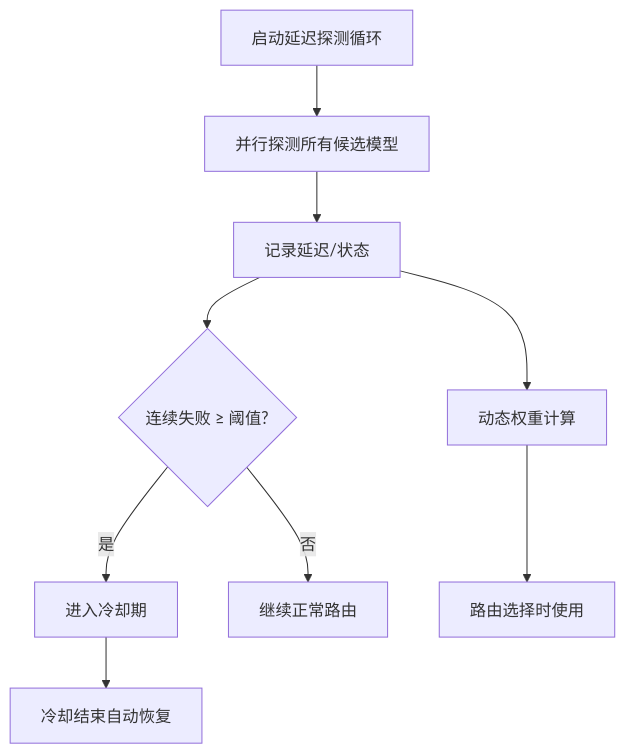
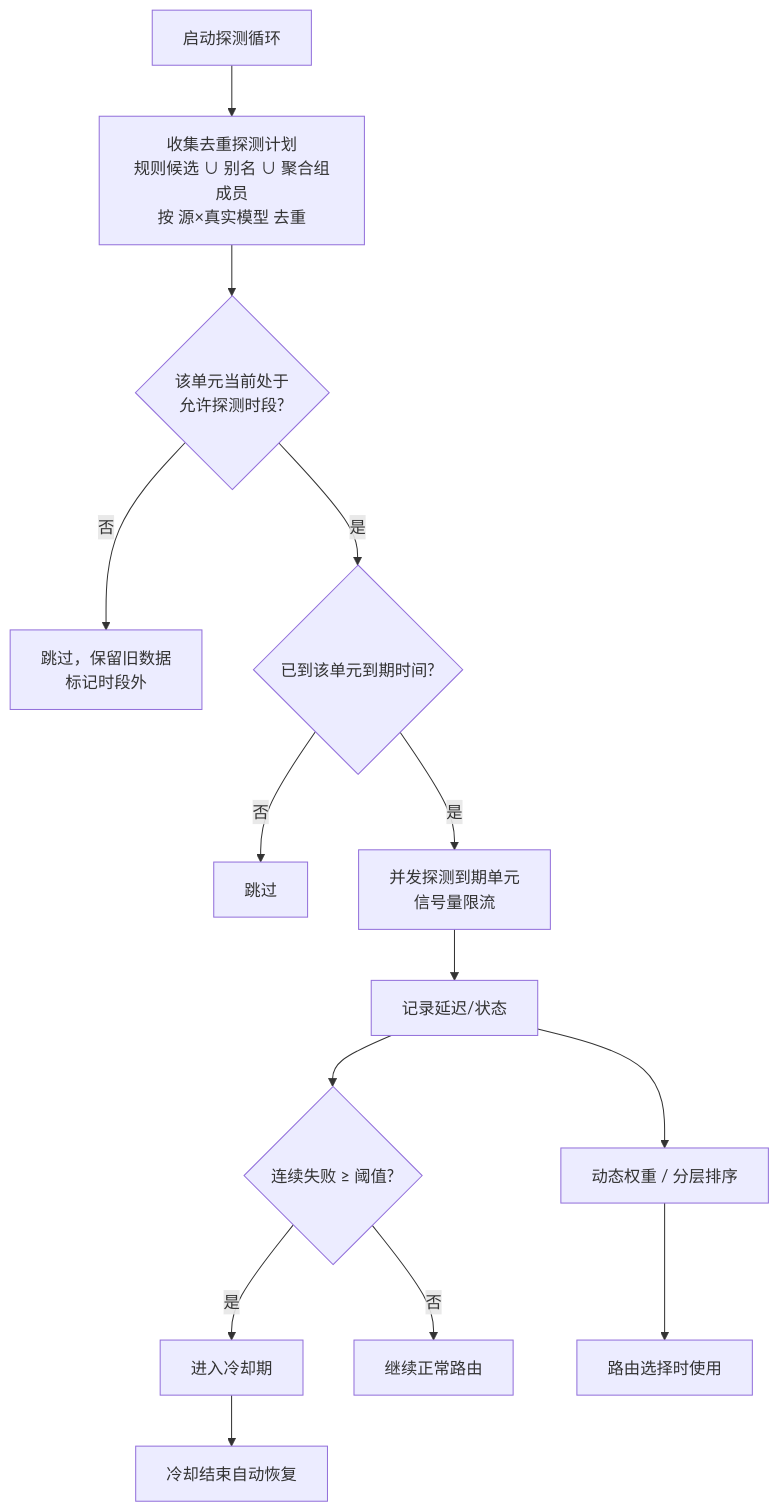
One commit to 66wjz/smart_router changed the third of 6 diagrams in docs/架构设计.md. Above: the diagram before and after it, drawn with Mermaid. The commit also changed other lines of this file and 35 other files, not shown here.

````diff
--- a/docs/架构设计.md
+++ b/docs/架构设计.md
@@ -269,11 +269,16 @@
 ```mermaid
 flowchart TD
-    A[启动延迟探测循环] --> B[并行探测所有候选模型]
+    A[启动探测循环] --> P1[收集去重探测计划<br/>规则候选 ∪ 别名 ∪ 聚合组成员<br/>按 源×真实模型 去重]
+    P1 --> P2{该单元当前处于<br/>允许探测时段?}
+    P2 -- 否 --> P3[跳过，保留旧数据<br/>标记时段外]
+    P2 -- 是 --> P4{已到该单元到期时间?}
+    P4 -- 否 --> P5[跳过]
+    P4 -- 是 --> B[并发探测到期单元<br/>信号量限流]
     B --> C[记录延迟/状态]
     C --> D{连续失败 ≥ 阈值?}
     D -- 是 --> E[进入冷却期]
     E --> F[冷却结束自动恢复]
     D -- 否 --> G[继续正常路由]
-    C --> H[动态权重计算]
+    C --> H[动态权重 / 分层排序]
     H --> I[路由选择时使用]
 ```
````
